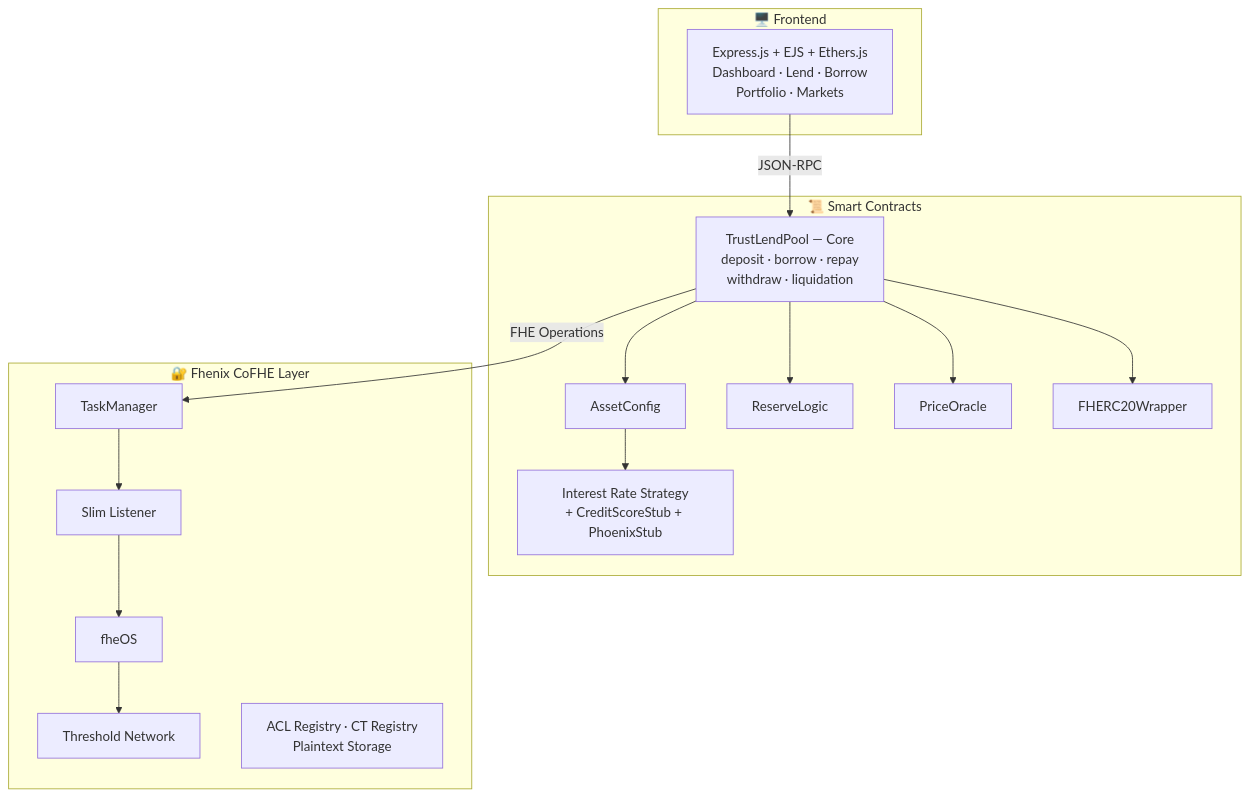
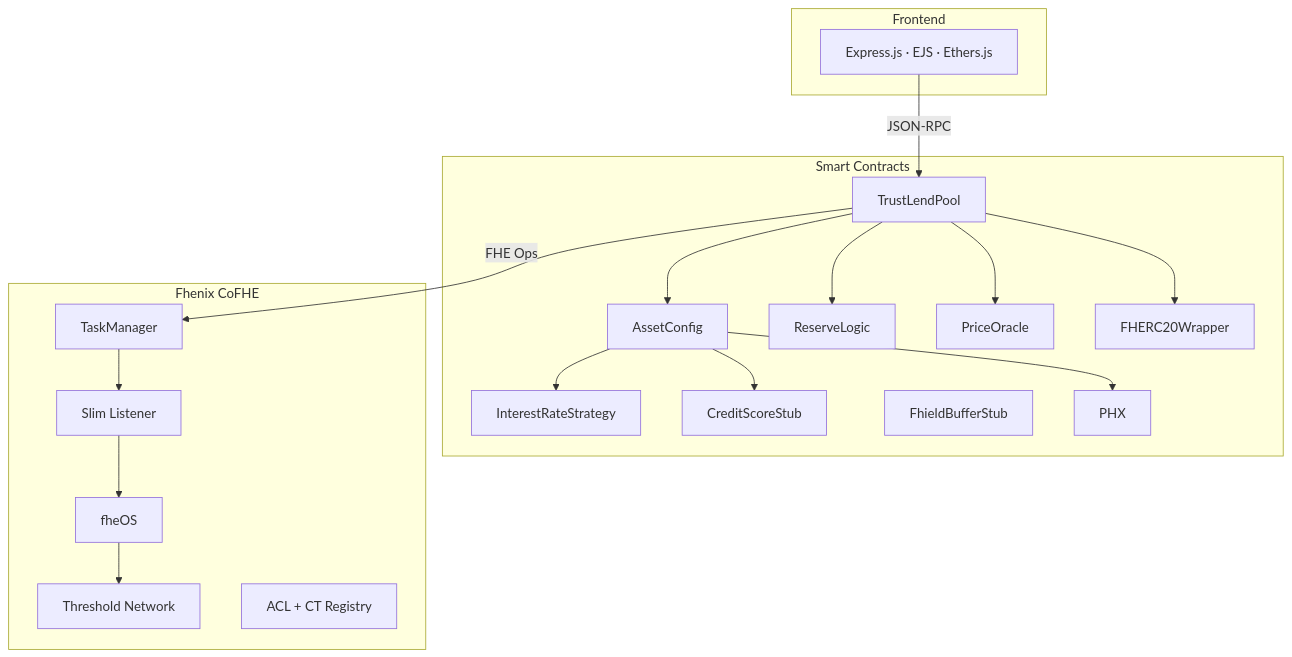
The first of 2 diagrams in fhield-docs/docs/devdocs/Architecture/Protocol-Overview.md (PhuocNG0308/fhield), drawn with Mermaid before and after one commit. The commit also changed other lines of this file and 24 other files, not shown here.

````diff
--- a/fhield-docs/docs/devdocs/Architecture/Protocol-Overview.md
+++ b/fhield-docs/docs/devdocs/Architecture/Protocol-Overview.md
@@ -12,30 +12,32 @@
 ```mermaid
 graph TD
-    subgraph Frontend["🖥️ Frontend"]
-        FE["Express.js + EJS + Ethers.js<br/>Dashboard · Lend · Borrow<br/>Portfolio · Markets"]
+    subgraph Frontend["Frontend"]
+        FE["Express.js · EJS · Ethers.js"]
     end
 
     FE -->|"JSON-RPC"| Core
 
-    subgraph Contracts["📜 Smart Contracts"]
-        Core["TrustLendPool — Core<br/>deposit · borrow · repay<br/>withdraw · liquidation"]
+    subgraph Contracts["Smart Contracts"]
+        Core["TrustLendPool"]
         AC["AssetConfig"]
         RL["ReserveLogic"]
         OR["PriceOracle"]
         FW["FHERC20Wrapper"]
-        IRS["Interest Rate Strategy<br/>+ CreditScoreStub + PhoenixStub"]
+        IRS["InterestRateStrategy"]
+        DCS["CreditScoreStub"]
+        FBS["FhieldBufferStub"]
         Core --> AC & RL & OR & FW
-        AC --> IRS
+        AC --> IRS & DCS & PHX
     end
 
-    Core -->|"FHE Operations"| TM
+    Core -->|"FHE Ops"| TM
 
-    subgraph CoFHE["🔐 Fhenix CoFHE Layer"]
+    subgraph CoFHE["Fhenix CoFHE"]
         TM["TaskManager"]
         SL["Slim Listener"]
         FHEOS["fheOS"]
         TN["Threshold Network"]
-        REG["ACL Registry · CT Registry<br/>Plaintext Storage"]
+        REG["ACL + CT Registry"]
         TM --> SL --> FHEOS --> TN
     end
 ```
````
